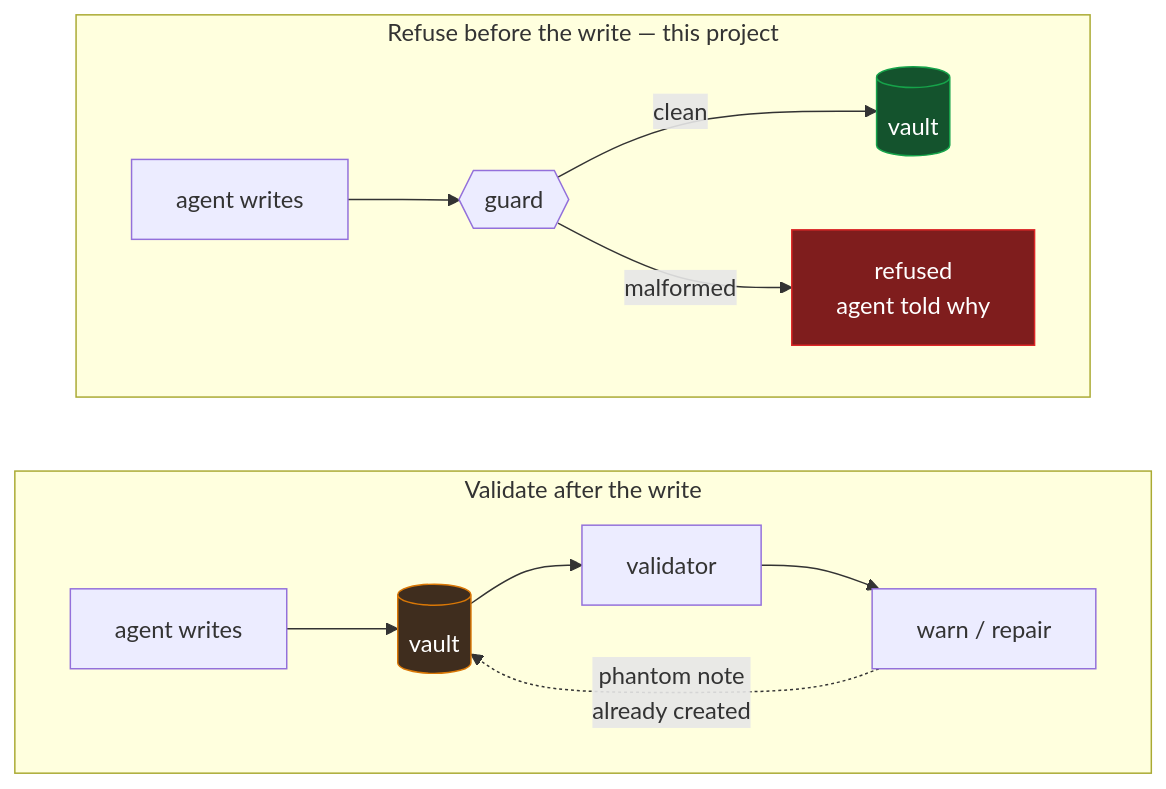
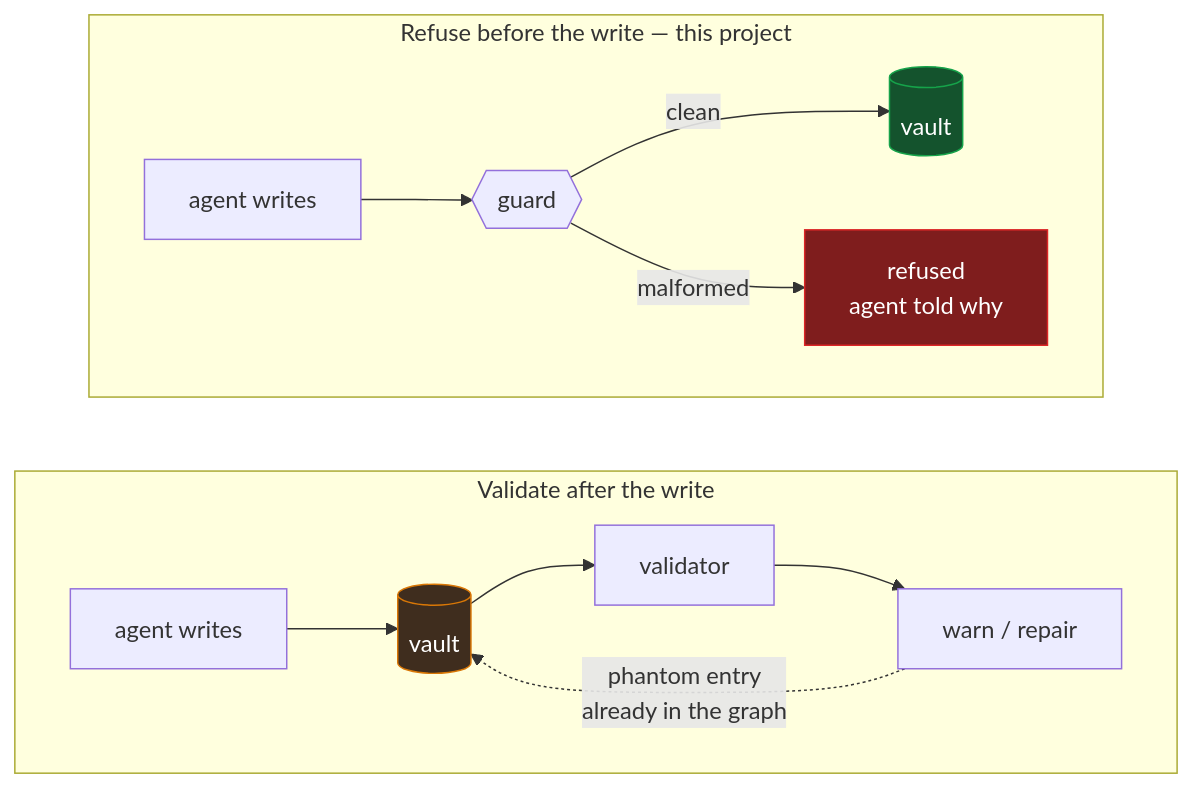
The diagram in README.md (billylui/scriptorium), drawn with Mermaid before and after one commit. The commit also changed other lines of this file and 5 other files, not shown here.

````diff
--- a/README.md
+++ b/README.md
@@ -61,17 +43,17 @@
 ```mermaid
 flowchart LR
     subgraph after ["Validate after the write"]
         direction LR
         A1["agent writes"] --> B1[("vault")] --> C1["validator"] --> D1["warn / repair"]
-        D1 -.->|"phantom note<br/>already created"| B1
+        D1 -.->|"phantom entry<br/>already in the graph"| B1
     end
     subgraph before ["Refuse before the write — this project"]
         direction LR
         A2["agent writes"] --> B2{{"guard"}}
         B2 -->|"clean"| C2[("vault")]
         B2 -->|"malformed"| D2["refused<br/>agent told why"]
     end
     style D2 fill:#7f1d1d,stroke:#dc2626,color:#fff
     style C2 fill:#14532d,stroke:#16a34a,color:#fff
     style B1 fill:#3f2d1e,stroke:#d97706,color:#fff
 ```
````
